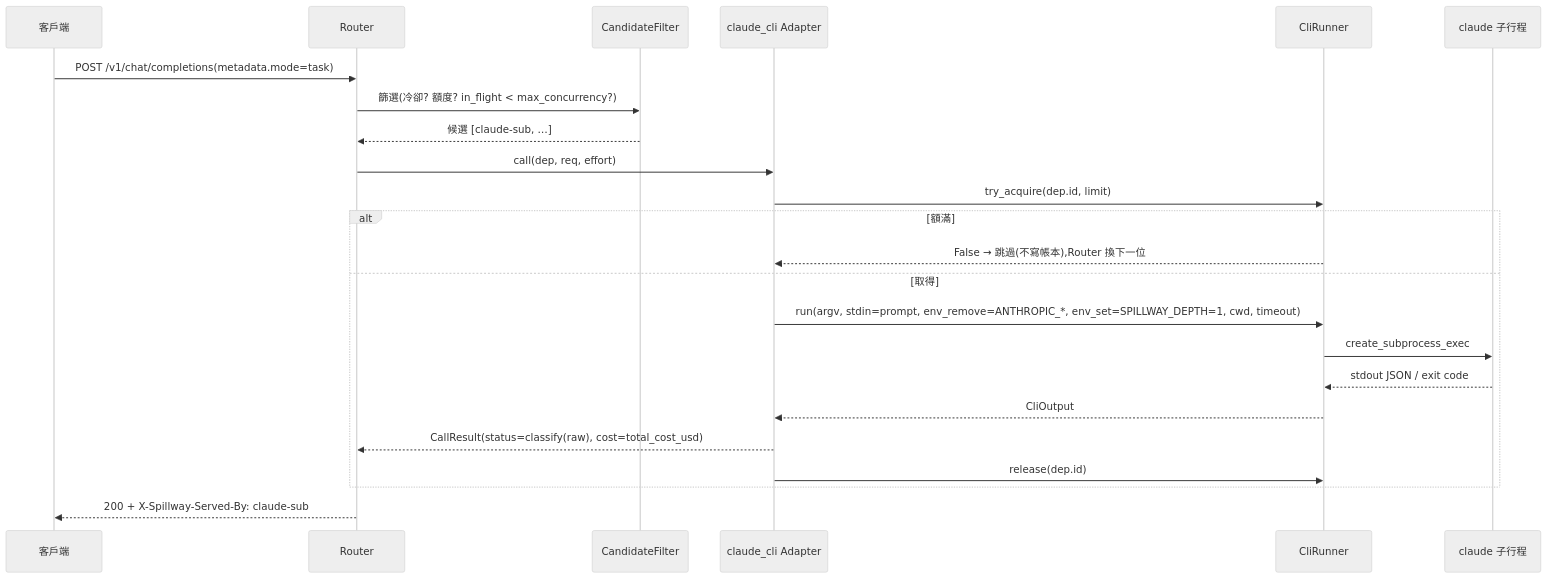
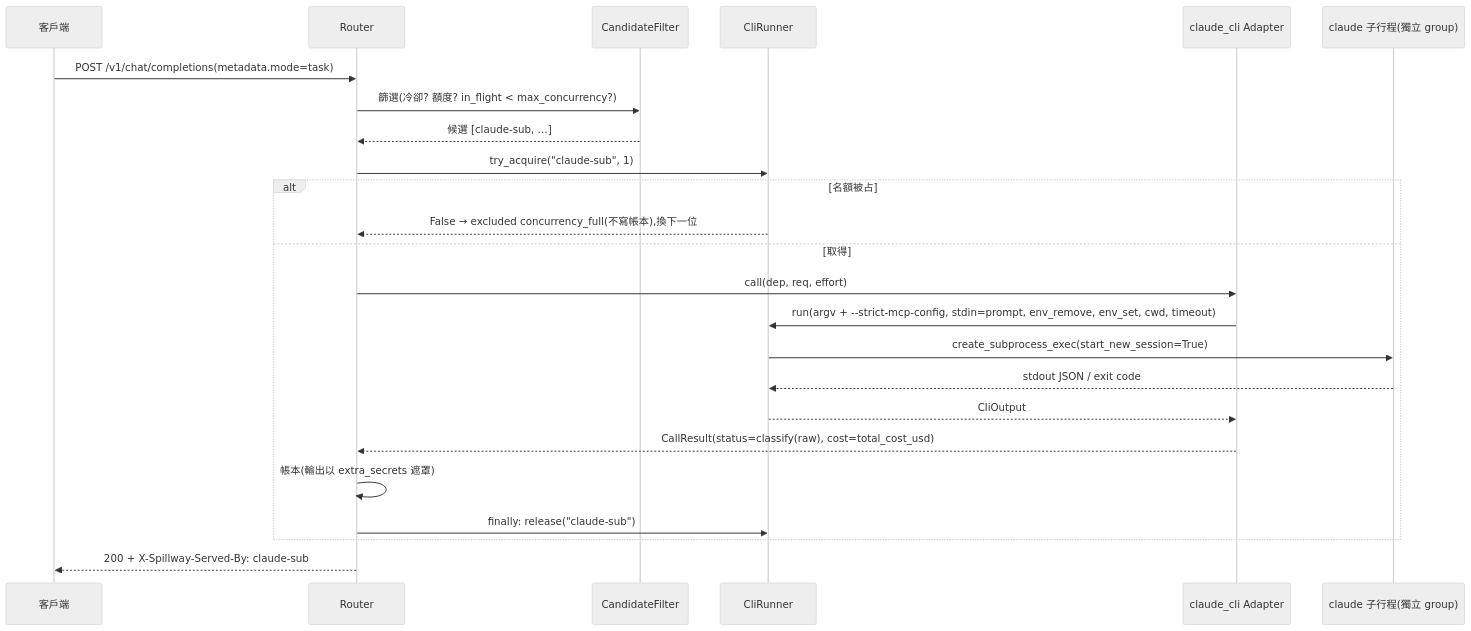
One commit to kamira/spillway changed the second of 5 diagrams in sdlc_docs/changes/CHG-20261101-03.md. Above: the diagram before and after it, drawn with Mermaid (neutral theme). The commit also changed other lines of this file and 1 other file, not shown here.

Commit message:
CHG-20261101-03: 決策審議(六席 + 獨立審議席)修正 A 類 37 項,併入使用者決定 B1、B2;m3a_cli.feature 補 codex 情境與同步點

````diff
--- a/sdlc_docs/changes/CHG-20261101-03.md
+++ b/sdlc_docs/changes/CHG-20261101-03.md
@@ -85,25 +87,26 @@
 ```mermaid
 sequenceDiagram
   participant C as 客戶端
   participant R as Router
   participant F as CandidateFilter
+  participant X as CliRunner
   participant A as claude_cli Adapter
-  participant X as CliRunner
-  participant P as claude 子行程
+  participant P as claude 子行程(獨立 group)
   C->>R: POST /v1/chat/completions(metadata.mode=task)
   R->>F: 篩選(冷卻? 額度? in_flight < max_concurrency?)
   F-->>R: 候選 [claude-sub, …]
-  R->>A: call(dep, req, effort)
-  A->>X: try_acquire(dep.id, limit)
-  alt 額滿
-    X-->>A: False → 跳過(不寫帳本),Router 換下一位
+  R->>X: try_acquire("claude-sub", 1)
+  alt 名額被占
+    X-->>R: False → excluded concurrency_full(不寫帳本),換下一位
   else 取得
-    A->>X: run(argv, stdin=prompt, env_remove=ANTHROPIC_*, env_set=SPILLWAY_DEPTH=1, cwd, timeout)
-    X->>P: create_subprocess_exec
+    R->>A: call(dep, req, effort)
+    A->>X: run(argv + --strict-mcp-config, stdin=prompt, env_remove, env_set, cwd, timeout)
+    X->>P: create_subprocess_exec(start_new_session=True)
     P-->>X: stdout JSON / exit code
     X-->>A: CliOutput
     A-->>R: CallResult(status=classify(raw), cost=total_cost_usd)
-    A->>X: release(dep.id)
+    R->>R: 帳本(輸出以 extra_secrets 遮罩)
+    R->>X: finally: release("claude-sub")
   end
   R-->>C: 200 + X-Spillway-Served-By: claude-sub
 ```
````
